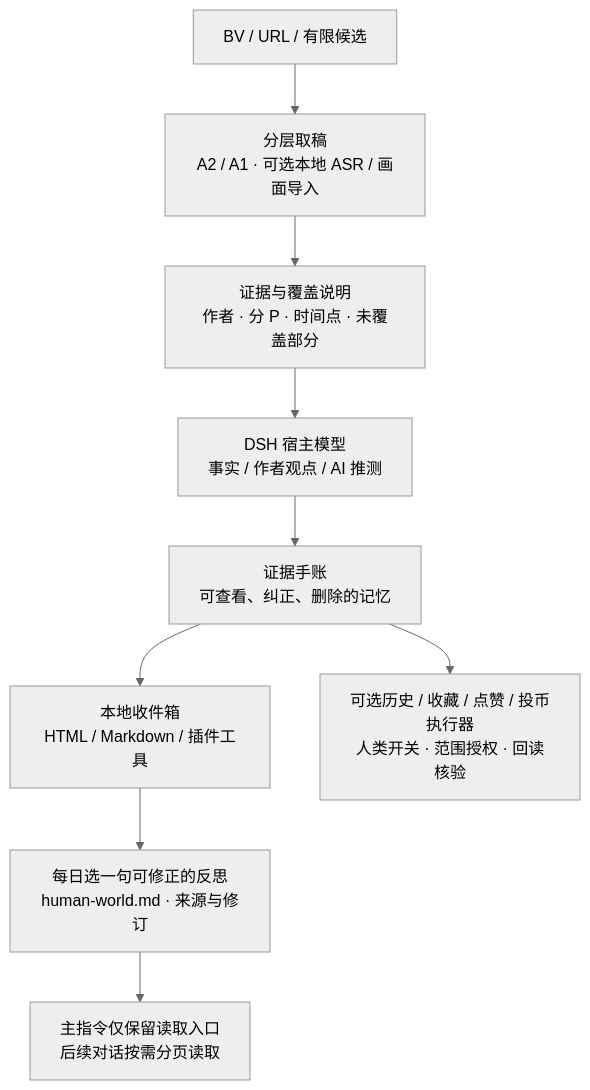
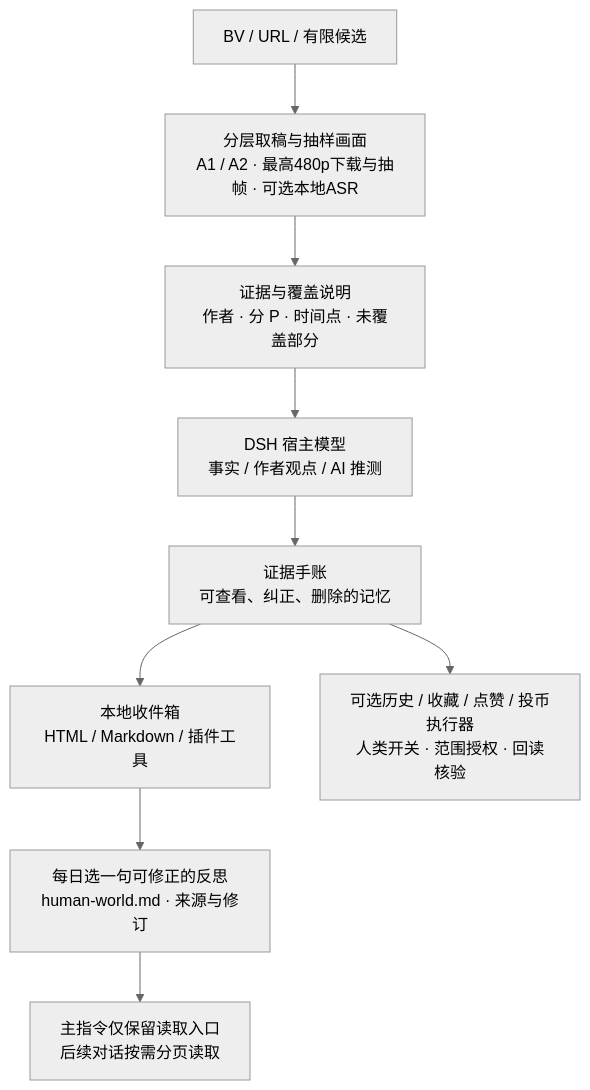
One commit to 333zzz33364/dsh-bili-humanism changed the diagram in README.md. Above: the diagram before and after it, drawn with Mermaid (neutral theme). The commit also changed other lines of this file and 24 other files, not shown here.

````diff
--- a/README.md
+++ b/README.md
@@ -27,11 +27,11 @@
 ```mermaid
 flowchart TB
-    A["BV / URL / 有限候选"] --> B["分层取稿<br/>A2 / A1 · 可选本地 ASR / 画面导入"]
+    A["BV / URL / 有限候选"] --> B["分层取稿与抽样画面<br/>A1 / A2 · 最高480p下载与抽帧 · 可选本地ASR"]
     B --> C["证据与覆盖说明<br/>作者 · 分 P · 时间点 · 未覆盖部分"]
     C --> D["DSH 宿主模型<br/>事实 / 作者观点 / AI 推测"]
     D --> E["证据手账<br/>可查看、纠正、删除的记忆"]
     E --> F["本地收件箱<br/>HTML / Markdown / 插件工具"]
     F --> H["每日选一句可修正的反思<br/>human-world.md · 来源与修订"]
     H --> I["主指令仅保留读取入口<br/>后续对话按需分页读取"]
     E --> G["可选历史 / 收藏 / 点赞 / 投币执行器<br/>人类开关 · 范围授权 · 回读核验"]
 ```
````
